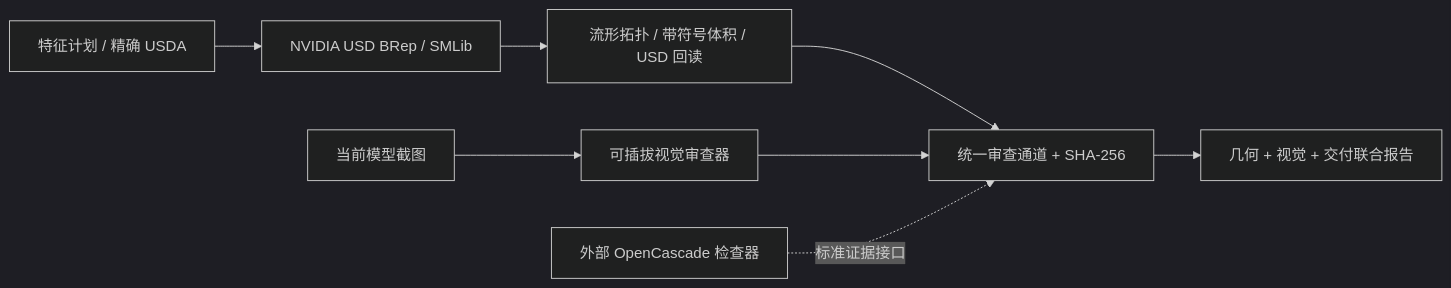
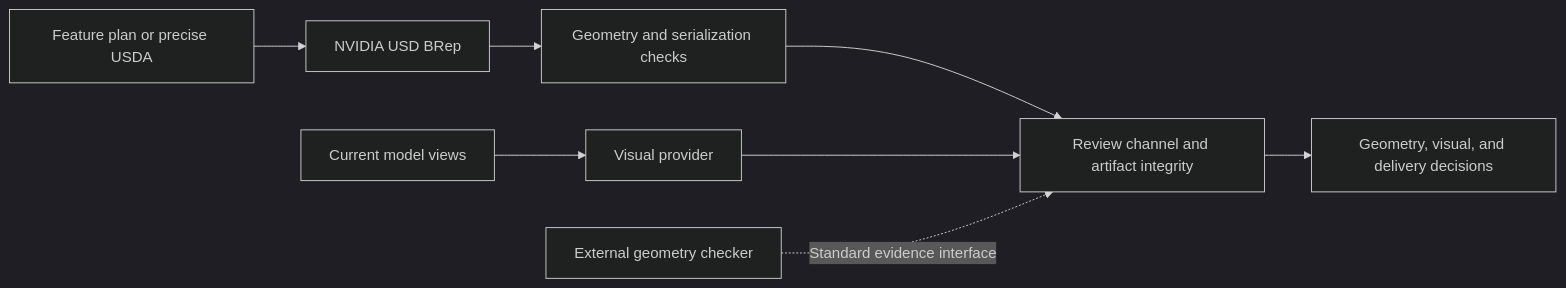
One commit to kkppshuai-svg/usd-brep-review changed the diagram in README.md. Above: the diagram before and after it, drawn with Mermaid (dark theme). The commit also changed other lines of this file and 9 other files, not shown here.

Commit message:
Organize bilingual project documentation with reproducible review evidence

````diff
--- a/README.md
+++ b/README.md
@@ -11,10 +86,10 @@
 ```mermaid
 flowchart LR
-  Plan[特征计划 / 精确 USDA] --> Native[NVIDIA USD BRep / SMLib]
-  Native --> Geometry[流形拓扑 / 带符号体积 / USD 回读]
-  Geometry --> Channel[统一审查通道 + SHA-256]
-  Views[当前模型截图] --> Visual[可插拔视觉审查器]
-  Visual --> Channel
-  Channel --> Report[几何 + 视觉 + 交付联合报告]
-  OCCT[外部 OpenCascade 检查器] -. 标准证据接口 .-> Channel
+  Input[Feature plan or precise USDA] --> Native[NVIDIA USD BRep]
+  Native --> Geometry[Geometry and serialization checks]
+  Geometry --> Review[Review channel and artifact integrity]
+  Screenshots[Current model views] --> Provider[Visual provider]
+  Provider --> Review
+  Review --> Report[Geometry, visual, and delivery decisions]
+  External[External geometry checker] -. Standard evidence interface .-> Review
 ```
````
